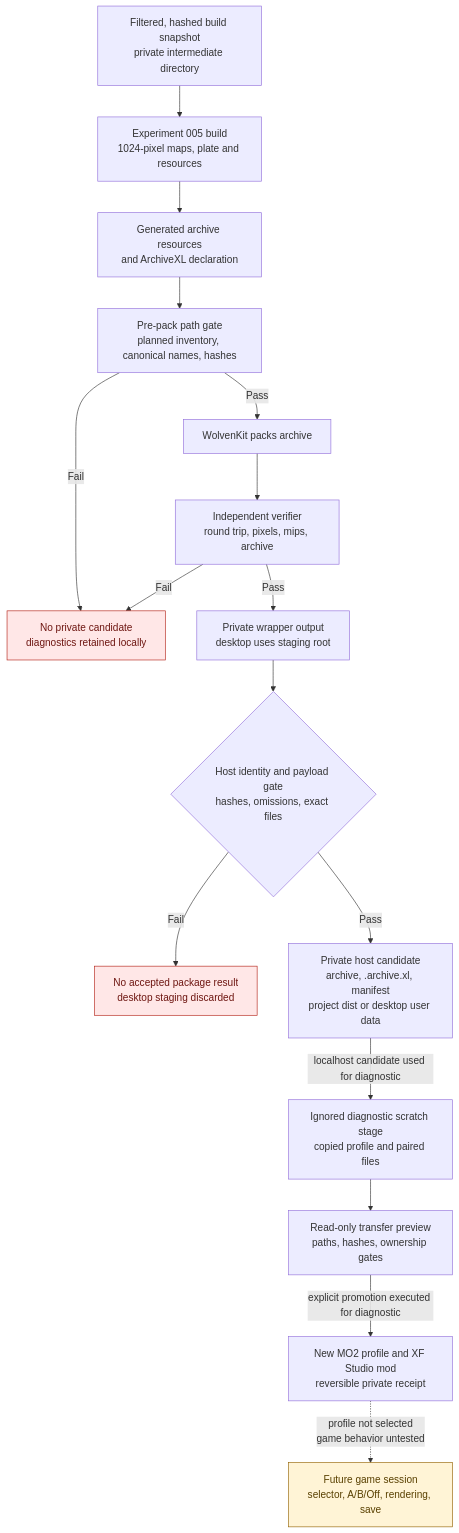
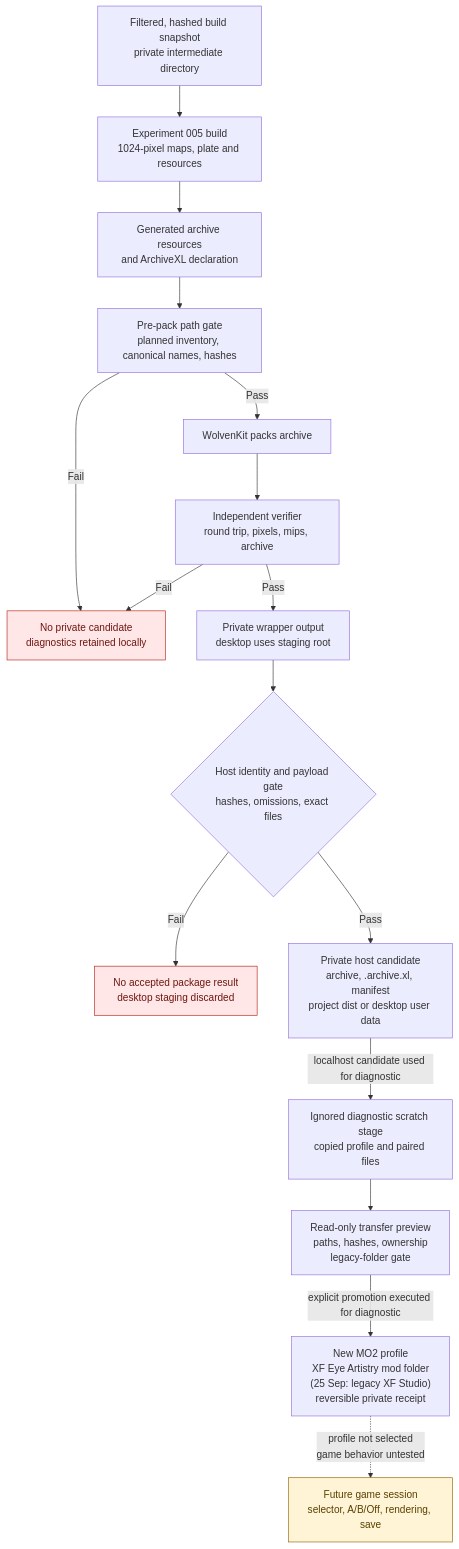
The second of 3 diagrams in research/authoring/studio-to-mod-pipeline.md (axefrog/xf-studio), drawn with Mermaid before and after one commit. The commit also changed other lines of this file and 34 other files, not shown here.

First line of the commit message:
Brand the eye-makeup export as XF Eye Artistry from one constant

````diff
--- a/research/authoring/studio-to-mod-pipeline.md
+++ b/research/authoring/studio-to-mod-pipeline.md
@@ -46,23 +46,23 @@
 ```mermaid
 flowchart TB
   snapshot["Filtered, hashed build snapshot<br/>private intermediate directory"] --> bake["Experiment 005 build<br/>1024-pixel maps, plate and resources"]
   bake --> resources["Generated archive resources<br/>and ArchiveXL declaration"]
   resources --> gate["Pre-pack path gate<br/>planned inventory, canonical names, hashes"]
   gate -- Fail --> stop
   gate -- Pass --> pack["WolvenKit packs archive"]
   pack --> verifier["Independent verifier<br/>round trip, pixels, mips, archive"]
   verifier -- Fail --> stop["No private candidate<br/>diagnostics retained locally"]
   verifier -- Pass --> dist["Private wrapper output<br/>desktop uses staging root"]
   dist --> resultGate{"Host identity and payload gate<br/>hashes, omissions, exact files"}
   resultGate -- Fail --> unaccepted["No accepted package result<br/>desktop staging discarded"]
   resultGate -- Pass --> candidate["Private host candidate<br/>archive, .archive.xl, manifest<br/>project dist or desktop user data"]
   candidate -- "localhost candidate used for diagnostic" --> scratch["Ignored diagnostic scratch stage<br/>copied profile and paired files"]
-  scratch --> preview["Read-only transfer preview<br/>paths, hashes, ownership gates"]
-  preview -- "explicit promotion executed for diagnostic" --> mo2["New MO2 profile and XF Studio mod<br/>reversible private receipt"]
+  scratch --> preview["Read-only transfer preview<br/>paths, hashes, ownership<br/>legacy-folder gate"]
+  preview -- "explicit promotion executed for diagnostic" --> mo2["New MO2 profile<br/>XF Eye Artistry mod folder<br/>(25 Sep: legacy XF Studio)<br/>reversible private receipt"]
   mo2 -. "profile not selected<br/>game behavior untested" .-> runtime["Future game session<br/>selector, A/B/Off, rendering, save"]
 
   classDef blocked fill:#ffe7e7,stroke:#b42318,color:#6e1611;
   classDef pending fill:#fff4d6,stroke:#946200,color:#594000;
   class stop,unaccepted blocked;
   class runtime pending;
 ```
````
